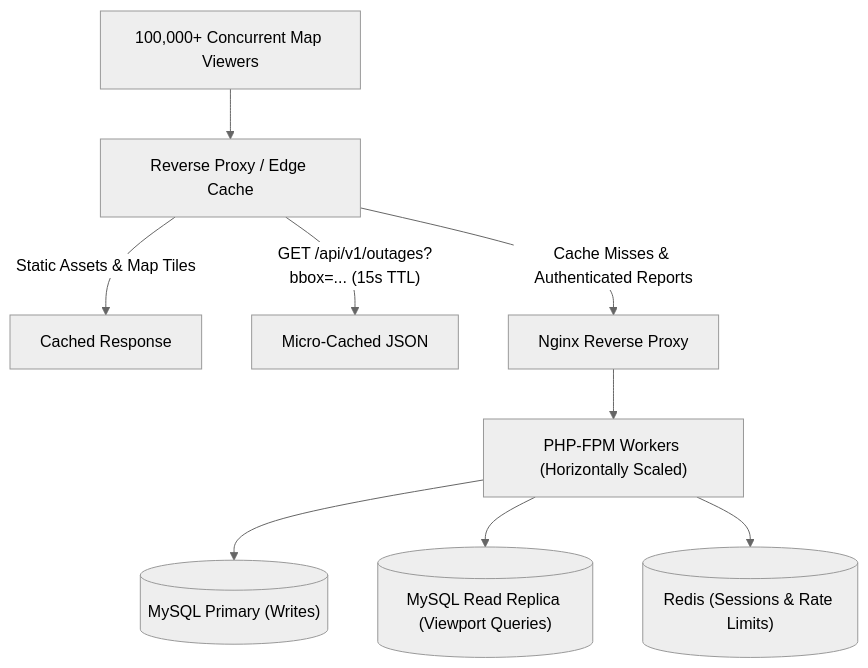
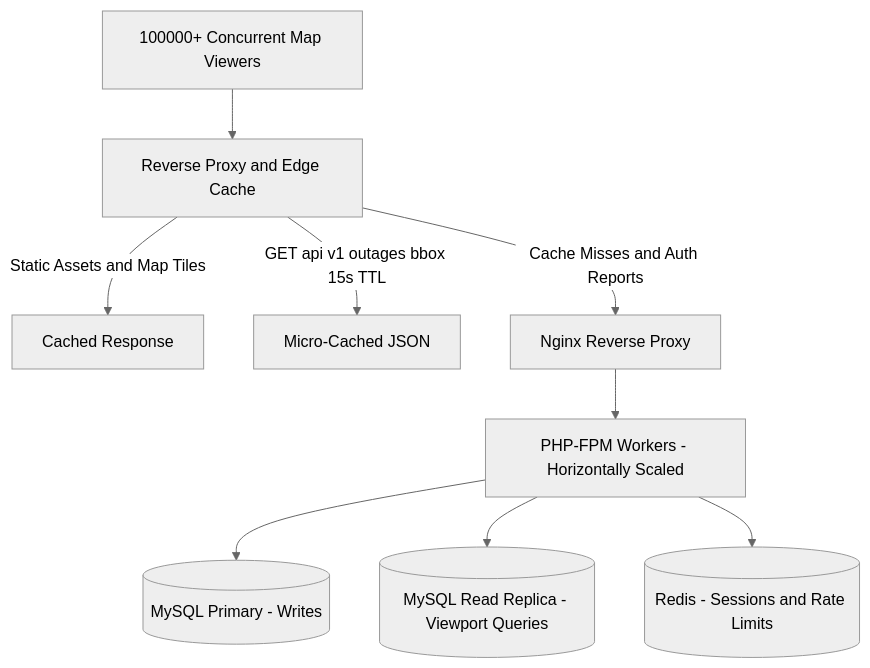
The fifth of 5 diagrams in ARCHITECTURE.md (AlbertsH13/power-outage-map), drawn with Mermaid (neutral theme) before and after one commit. The commit also changed other lines of this file and 64 other files, not shown here.

````diff
--- a/ARCHITECTURE.md
+++ b/ARCHITECTURE.md
@@ -371,12 +371,12 @@
 ```mermaid
 graph TD
-    Traffic["100,000+ Concurrent Map Viewers"] --> Edge["Reverse Proxy / Edge Cache"]
-    Edge -->|"Static Assets & Map Tiles"| StaticCache["Cached Response"]
-    Edge -->|"GET /api/v1/outages?bbox=... (15s TTL)"| MicroCache["Micro-Cached JSON"]
+    Traffic["100000+ Concurrent Map Viewers"] --> Edge["Reverse Proxy and Edge Cache"]
+    Edge -->|"Static Assets and Map Tiles"| StaticCache["Cached Response"]
+    Edge -->|"GET api v1 outages bbox 15s TTL"| MicroCache["Micro-Cached JSON"]
     
-    Edge -->|"Cache Misses & Authenticated Reports"| Nginx["Nginx Reverse Proxy"]
-    Nginx --> AppPool["PHP-FPM Workers (Horizontally Scaled)"]
-    AppPool --> MasterDB[("MySQL Primary (Writes)")]
-    AppPool --> ReplicaDB[("MySQL Read Replica (Viewport Queries)")]
-    AppPool --> RedisCluster[("Redis (Sessions & Rate Limits)")]
+    Edge -->|"Cache Misses and Auth Reports"| Nginx["Nginx Reverse Proxy"]
+    Nginx --> AppPool["PHP-FPM Workers - Horizontally Scaled"]
+    AppPool --> MasterDB[("MySQL Primary - Writes")]
+    AppPool --> ReplicaDB[("MySQL Read Replica - Viewport Queries")]
+    AppPool --> RedisCluster[("Redis - Sessions and Rate Limits")]
 ```
````
